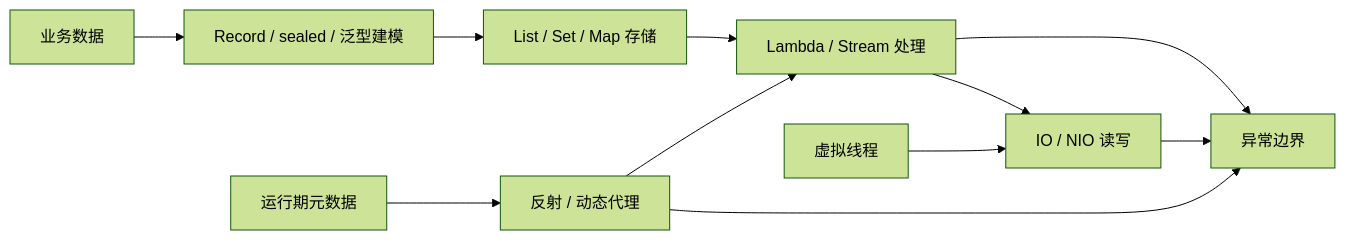
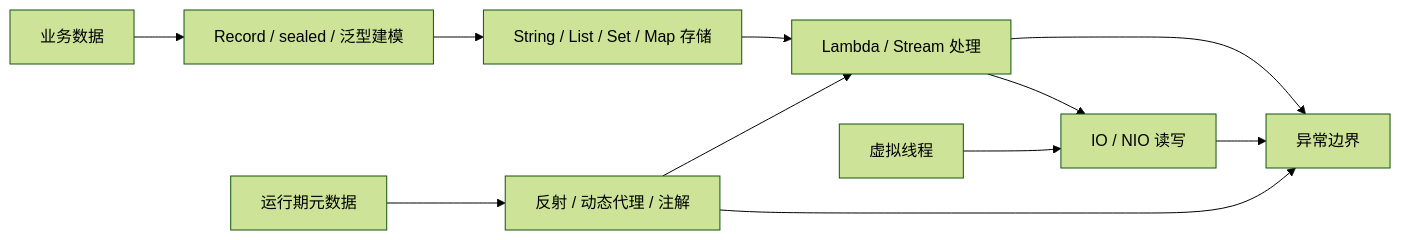
The diagram in 20-Java后端/01-Java核心/99-本章总结与复习.md (GuoWWWX/knowledge-base), drawn with Mermaid (forest theme) before and after one commit. The commit also changed other lines of this file and 17 other files, not shown here.

````diff
--- a/20-Java后端/01-Java核心/99-本章总结与复习.md
+++ b/20-Java后端/01-Java核心/99-本章总结与复习.md
@@ -34,13 +37,13 @@
 ```mermaid
 flowchart LR
   A["业务数据"] --> B["Record / sealed / 泛型建模"]
-  B --> C["List / Set / Map 存储"]
+  B --> C["String / List / Set / Map 存储"]
   C --> D["Lambda / Stream 处理"]
   D --> E["IO / NIO 读写"]
-  F["运行期元数据"] --> G["反射 / 动态代理"]
+  F["运行期元数据"] --> G["反射 / 动态代理 / 注解"]
   G --> D
   H["虚拟线程"] --> E
   D --> I["异常边界"]
   E --> I
   G --> I
 ```
````
